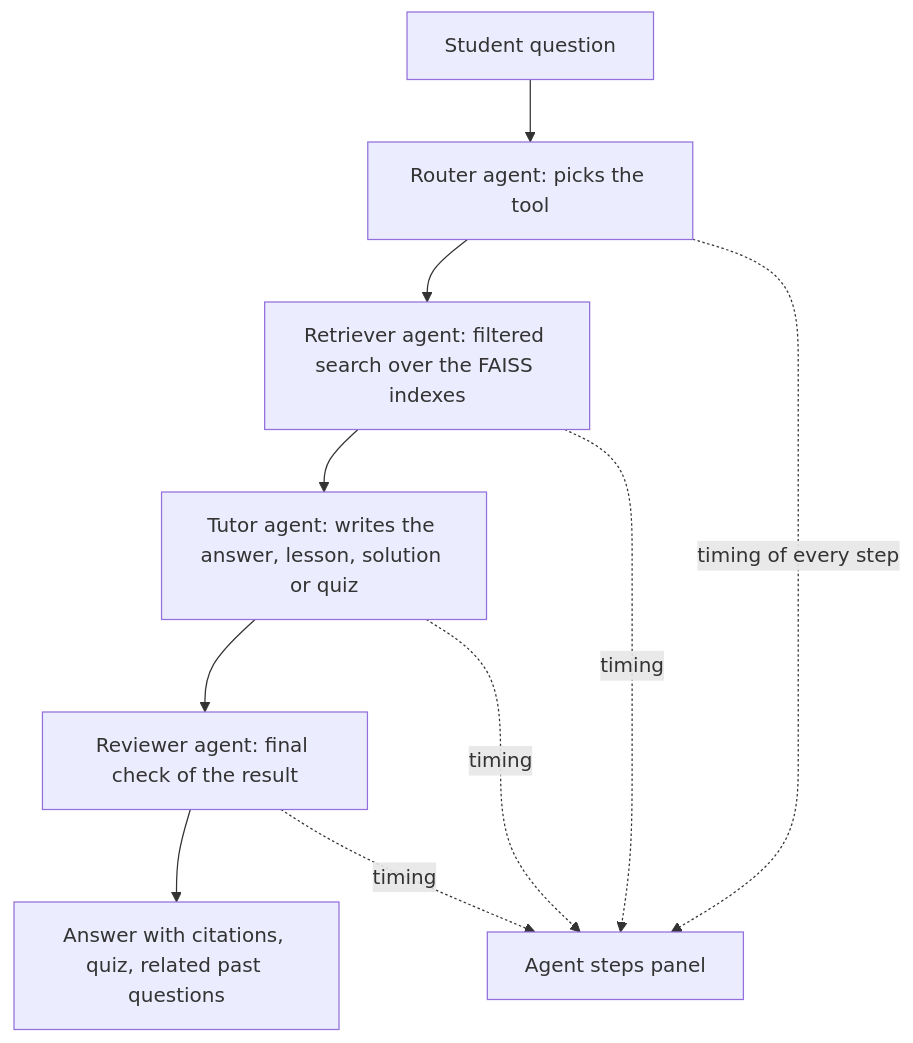
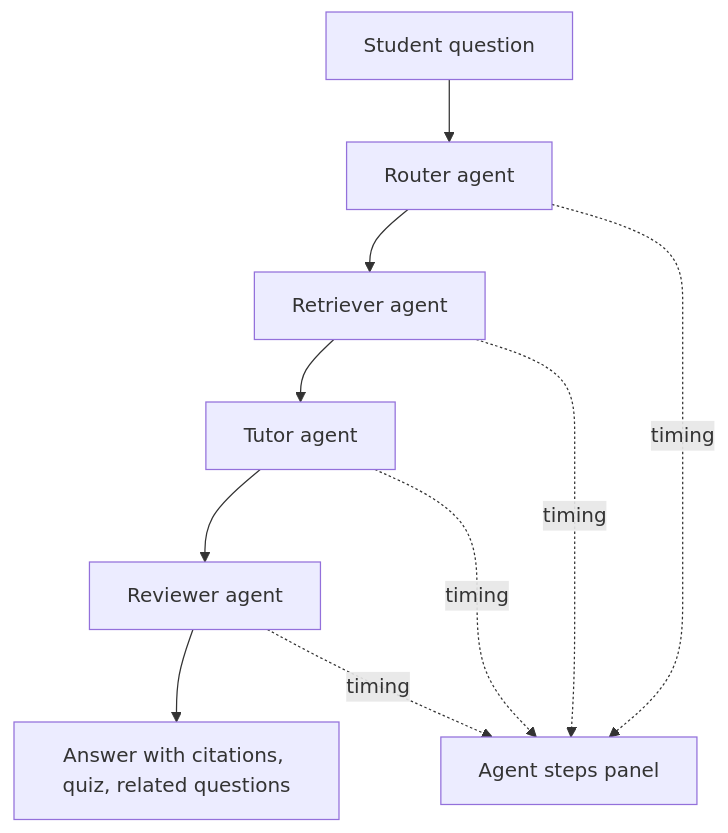
The diagram in README.md (Ioniixia/Subject-Guide_agent), drawn with Mermaid before and after one commit. The commit also changed other lines of this file, not shown here.

````diff
--- a/README.md
+++ b/README.md
@@ -58,12 +111,12 @@
 ```mermaid
 flowchart TD
-    Q[Student question] --> RT[Router agent: picks the tool]
-    RT --> RE[Retriever agent: filtered search over the FAISS indexes]
-    RE --> TU[Tutor agent: writes the answer, lesson, solution or quiz]
-    TU --> RV[Reviewer agent: final check of the result]
-    RV --> OUT[Answer with citations, quiz, related past questions]
-    RT -. timing of every step .-> LOG[Agent steps panel]
+    Q[Student question] --> RT[Router agent]
+    RT --> RE[Retriever agent]
+    RE --> TU[Tutor agent]
+    TU --> RV[Reviewer agent]
+    RV --> OUT[Answer with citations, quiz, related questions]
+    RT -. timing .-> LOG[Agent steps panel]
     RE -. timing .-> LOG
     TU -. timing .-> LOG
     RV -. timing .-> LOG
 ```
````
